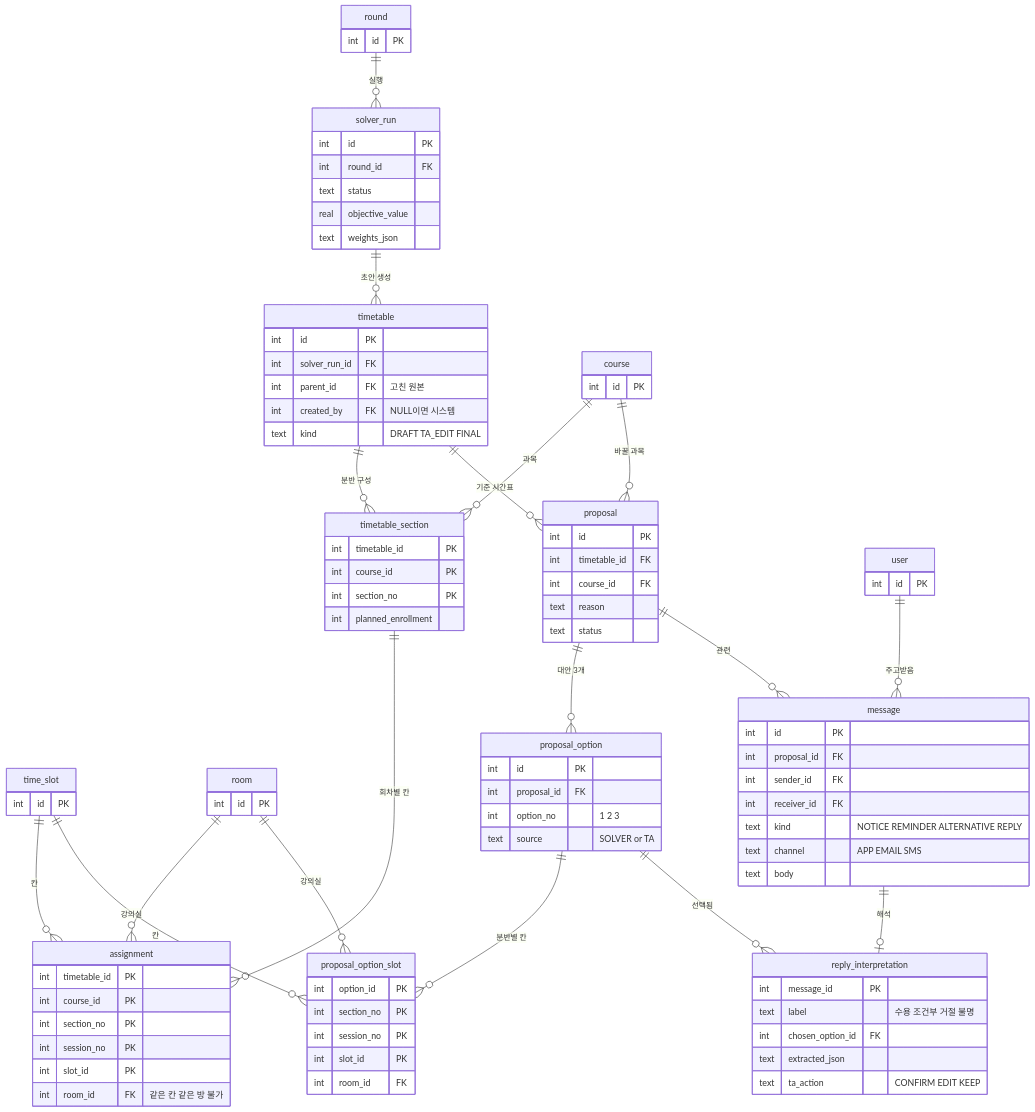
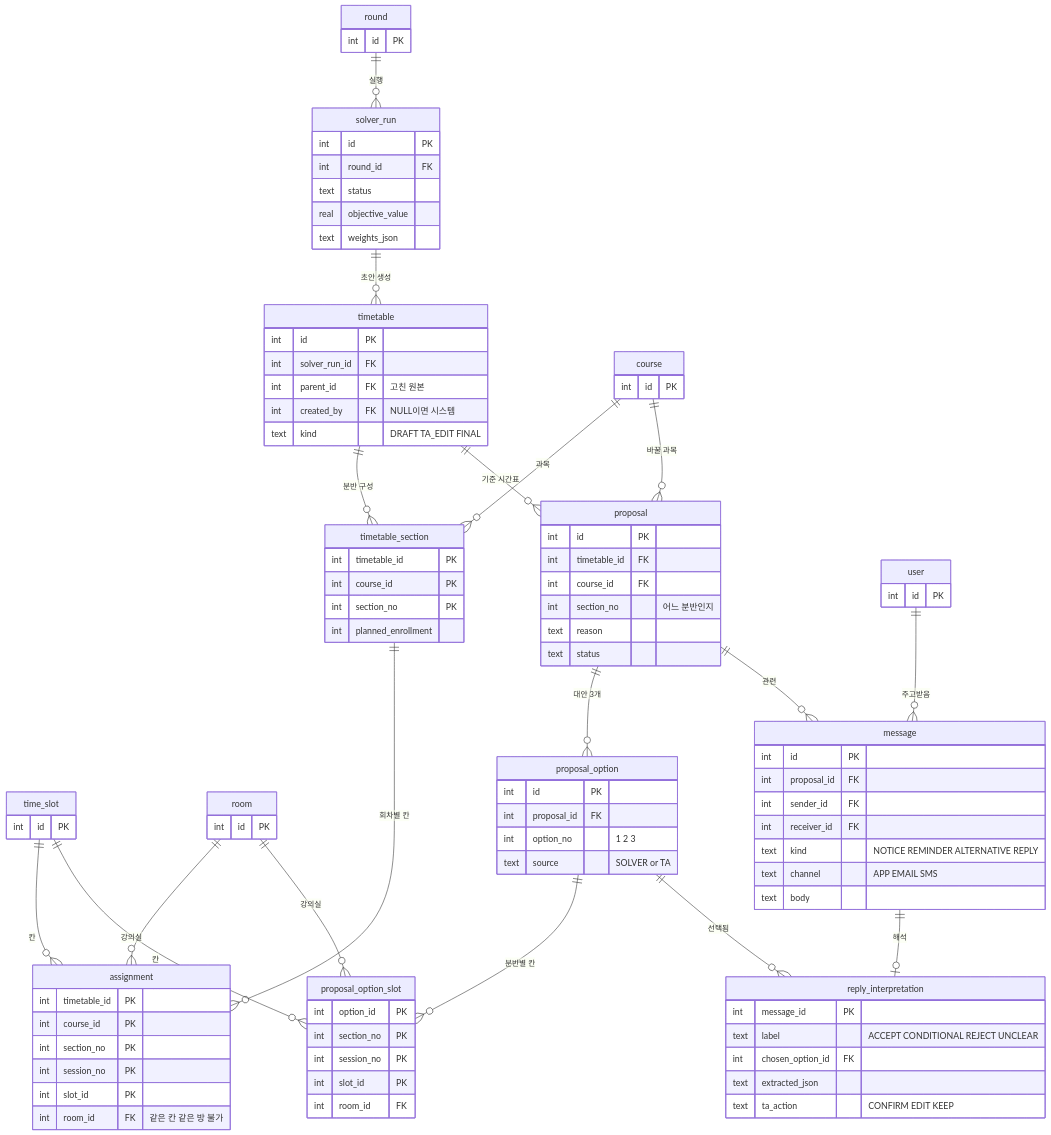
One commit to NLPproject-ssuTeam12/ssu-room changed the diagram in db/docs/c3.mmd. Above: the diagram before and after it, drawn with Mermaid. The commit also changed 29 other files, not shown here.

```diff
--- a/db/docs/c3.mmd
+++ b/db/docs/c3.mmd
@@ -1,87 +1,88 @@
 erDiagram
     round ||--o{ solver_run : "실행"
     solver_run ||--o{ timetable : "초안 생성"
     timetable ||--o{ timetable_section : "분반 구성"
     course ||--o{ timetable_section : "과목"
     timetable_section ||--o{ assignment : "회차별 칸"
     time_slot ||--o{ assignment : "칸"
     room ||--o{ assignment : "강의실"
     timetable ||--o{ proposal : "기준 시간표"
     course ||--o{ proposal : "바꿀 과목"
     proposal ||--o{ proposal_option : "대안 3개"
     proposal_option ||--o{ proposal_option_slot : "분반별 칸"
     time_slot ||--o{ proposal_option_slot : "칸"
     room ||--o{ proposal_option_slot : "강의실"
     proposal ||--o{ message : "관련"
     user ||--o{ message : "주고받음"
     message ||--o| reply_interpretation : "해석"
     proposal_option ||--o{ reply_interpretation : "선택됨"
     round { int id PK }
     course { int id PK }
     room { int id PK }
     user { int id PK }
     time_slot { int id PK }
     solver_run {
         int id PK
         int round_id FK
         text status
         real objective_value
         text weights_json
     }
     timetable {
         int id PK
         int solver_run_id FK
         int parent_id FK "고친 원본"
         int created_by FK "NULL이면 시스템"
         text kind "DRAFT TA_EDIT FINAL"
     }
     timetable_section {
         int timetable_id PK
         int course_id PK
         int section_no PK
         int planned_enrollment
     }
     assignment {
         int timetable_id PK
         int course_id PK
         int section_no PK
         int session_no PK
         int slot_id PK
         int room_id FK "같은 칸 같은 방 불가"
     }
     proposal {
         int id PK
         int timetable_id FK
         int course_id FK
+        int section_no "어느 분반인지"
         text reason
         text status
     }
     proposal_option {
         int id PK
         int proposal_id FK
         int option_no "1 2 3"
         text source "SOLVER or TA"
     }
     proposal_option_slot {
         int option_id PK
         int section_no PK
         int session_no PK
         int slot_id PK
         int room_id FK
     }
     message {
         int id PK
         int proposal_id FK
         int sender_id FK
         int receiver_id FK
         text kind "NOTICE REMINDER ALTERNATIVE REPLY"
         text channel "APP EMAIL SMS"
         text body
     }
     reply_interpretation {
         int message_id PK
-        text label "수용 조건부 거절 불명"
+        text label "ACCEPT CONDITIONAL REJECT UNCLEAR"
         int chosen_option_id FK
         text extracted_json
         text ta_action "CONFIRM EDIT KEEP"
     }
```
